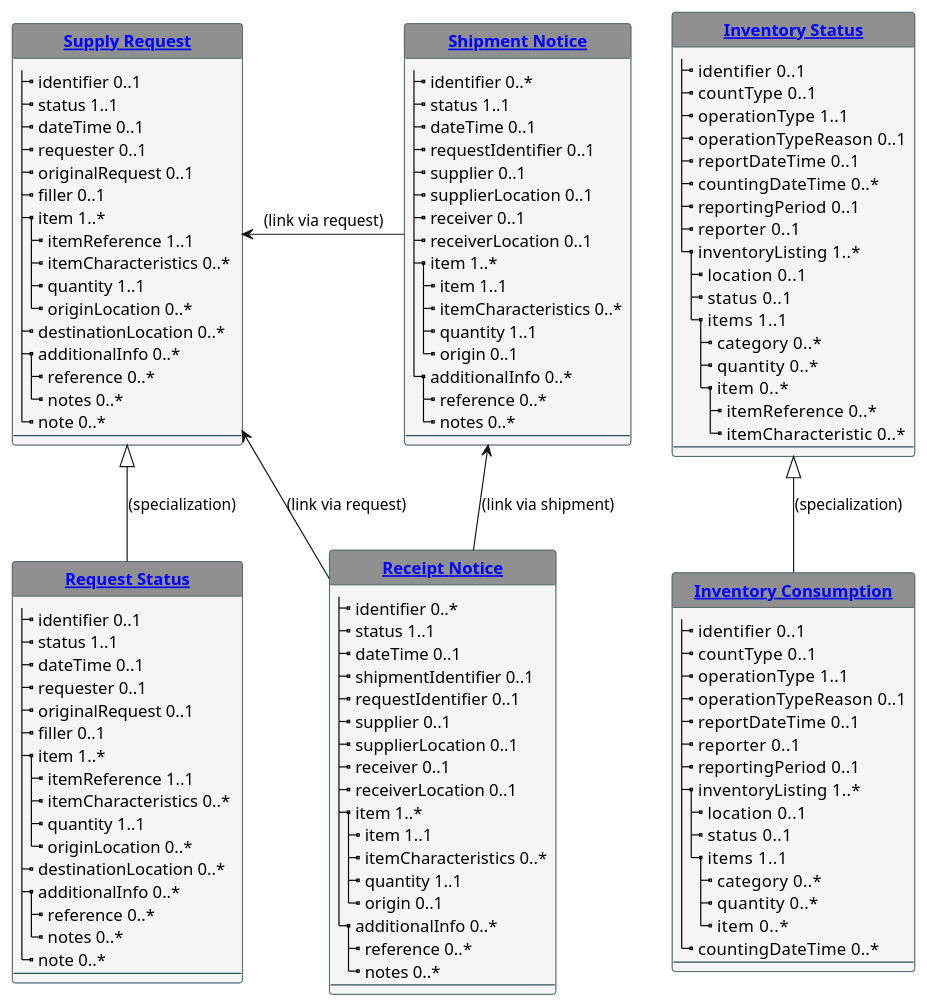
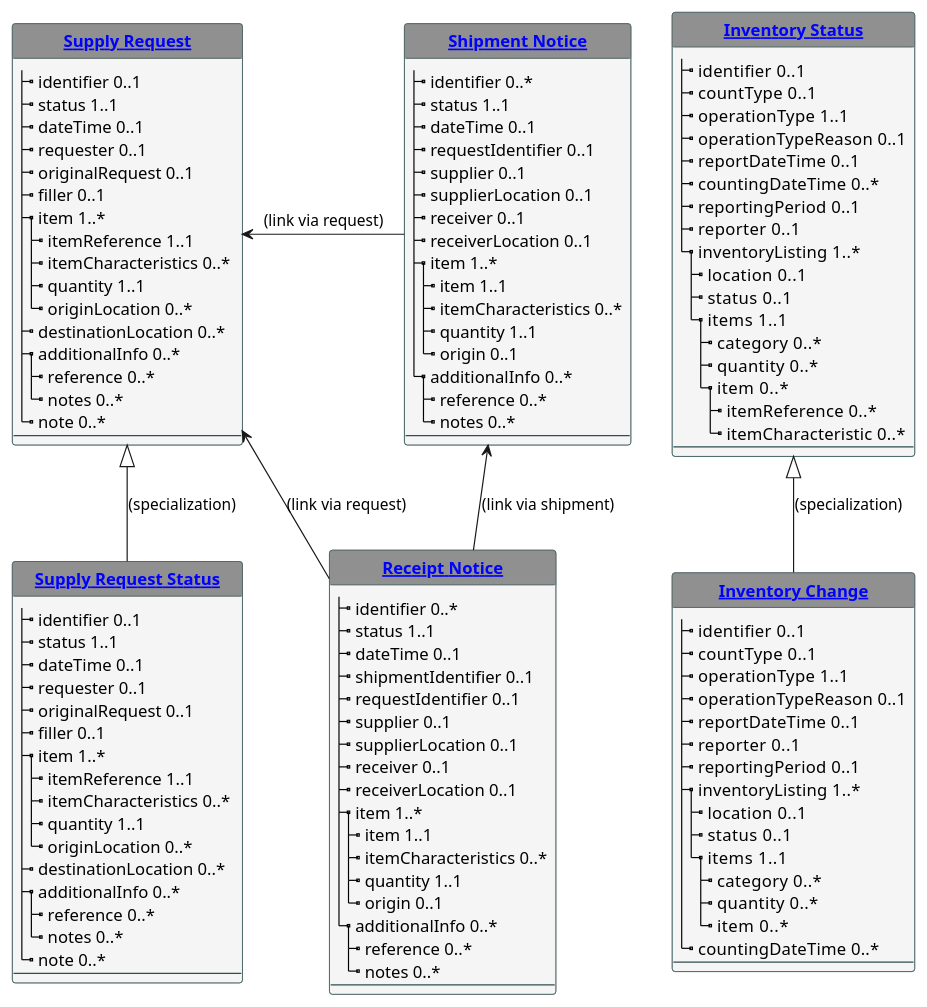
One commit to IHE/pharm-supply changed the diagram in input/images-source/models.plantuml. Above: the diagram before and after it, drawn with PlantUML. The commit also changed 31 other files, not shown here.

```diff
--- a/input/images-source/models.plantuml
+++ b/input/images-source/models.plantuml
@@ -1,155 +1,155 @@
 @startuml
 'skinparam linetype polyline
 'skinparam linetype ortho
 hide circle
 hide stereotype
 
 '!pragma layout smetana
 
 skinparam class<<MD>> {
  BorderColor DarkSlateGray
  BackgroundColor WhiteSmoke
  HeaderBackgroundColor #909090
 }
 
 skinparam class<<TM>> {
  BorderColor #505090
  BackgroundColor APPLICATION
  HeaderBackgroundColor SkyBlue
 }
 
 
 
-    class "**[[StructureDefinition-model-supply-request.html Supply Request]]**" as SR<<MD>> {
+    class "**[[StructureDefinition-SupplyRequestModel.html Supply Request]]**" as SR<<MD>> {
         |_ identifier 0..1
         |_ status 1..1
         |_ dateTime 0..1
         |_ requester 0..1
         |_ originalRequest 0..1
         |_ filler 0..1
         |_ item 1..*
           |_ itemReference 1..1
           |_ itemCharacteristics 0..*
           |_ quantity 1..1
           |_ originLocation 0..*
         |_ destinationLocation 0..*    
         |_ additionalInfo 0..*  
           |_ reference 0..*  
           |_ notes 0..*  
         |_ note 0..* 
         --
     }
 
-    class "**[[StructureDefinition-model-supply-request-status.htmlSupply Request Status]]**" as SRS<<MD>> {
+    class "**[[StructureDefinition-SupplyRequestStatusModel.html Supply Request Status]]**" as SRS<<MD>> {
         |_ identifier 0..1
         |_ status 1..1
         |_ dateTime 0..1
         |_ requester 0..1
         |_ originalRequest 0..1
         |_ filler 0..1
         |_ item 1..*
           |_ itemReference 1..1
           |_ itemCharacteristics 0..*  
           |_ quantity 1..1
           |_ originLocation 0..*
         |_ destinationLocation 0..*    
         |_ additionalInfo 0..*  
           |_ reference 0..*  
           |_ notes 0..*  
         |_ note 0..* 
         --
     }
-    class "**[[StructureDefinition-model-shipment-notice.html Shipment Notice]]**" as SN<<MD>> {
+    class "**[[StructureDefinition-ShipmentNoticeModel.html Shipment Notice]]**" as SN<<MD>> {
         |_ identifier 0..*
         |_ status 1..1
         |_ dateTime 0..1
         |_ requestIdentifier 0..1
         |_ supplier 0..1
         |_ supplierLocation 0..1
         |_ receiver 0..1
         |_ receiverLocation 0..1
         |_ item 1..*
           |_ item 1..1
           |_ itemCharacteristics 0..*  
           |_ quantity 1..1
           |_ origin 0..1
         |_ additionalInfo 0..*  
           |_ reference 0..*  
           |_ notes 0..*  
         --
     }
 
-    class "**[[StructureDefinition-model-receipt-notice.html Receipt Notice]]**" as RN<<MD>> {
+    class "**[[StructureDefinition-ReceiptNoticeModel.html Receipt Notice]]**" as RN<<MD>> {
         |_ identifier 0..*
         |_ status 1..1
         |_ dateTime 0..1
         |_ shipmentIdentifier 0..1
         |_ requestIdentifier 0..1
         |_ supplier 0..1
         |_ supplierLocation 0..1
         |_ receiver 0..1
         |_ receiverLocation 0..1
         |_ item 1..*
           |_ item 1..1
           |_ itemCharacteristics 0..*  
           |_ quantity 1..1
           |_ origin 0..1
         |_ additionalInfo 0..*  
           |_ reference 0..*  
           |_ notes 0..*  
         --
     }
 
     
-    class "**[[StructureDefinition-model-inventory-status.html Inventory Status]]**" as IS<<MD>> {
+    class "**[[StructureDefinition-InventoryStatusModel.html Inventory Status]]**" as IS<<MD>> {
         |_ identifier  0..1
         |_ countType  0..1
         |_ operationType  1..1
         |_ operationTypeReason  0..1  
         |_ reportDateTime  0..1
         |_ countingDateTime  0..*  
         |_ reportingPeriod  0..1
         |_ reporter  0..1
         |_ inventoryListing  1..*
           |_ location  0..1
           |_ status  0..1
           |_ items  1..1
             |_ category  0..*
             |_ quantity  0..*
             |_ item  0..*
               |_ itemReference  0..*
               |_ itemCharacteristic  0..*
         --
     }
 
 
-    class "**[[StructureDefinition-model-inventory-consumption.html Inventory Consumption]]**" as IC<<MD>> {
+    class "**[[StructureDefinition-InventoryChangeModel.html Inventory Change]]**" as IC<<MD>> {
         |_ identifier  0..1
         |_ countType  0..1
         |_ operationType  1..1
         |_ operationTypeReason  0..1  
         |_ reportDateTime  0..1
         |_ reporter  0..1
         |_ reportingPeriod  0..1
         |_ inventoryListing  1..*
           |_ location  0..1
           |_ status  0..1
           |_ items  1..1
             |_ category  0..*
             |_ quantity  0..*
             |_ item  0..*
         |_ countingDateTime  0..*  
         --
     }
 IC -up-|> IS: (specialization)
 
 
 
 SRS -up-|> SR: (specialization)
 
 SN -left-> SR: (link via request)
 
 RN -up-> SN : (link via shipment)
 RN -left-> SR : (link via request)
 
 @enduml
```
